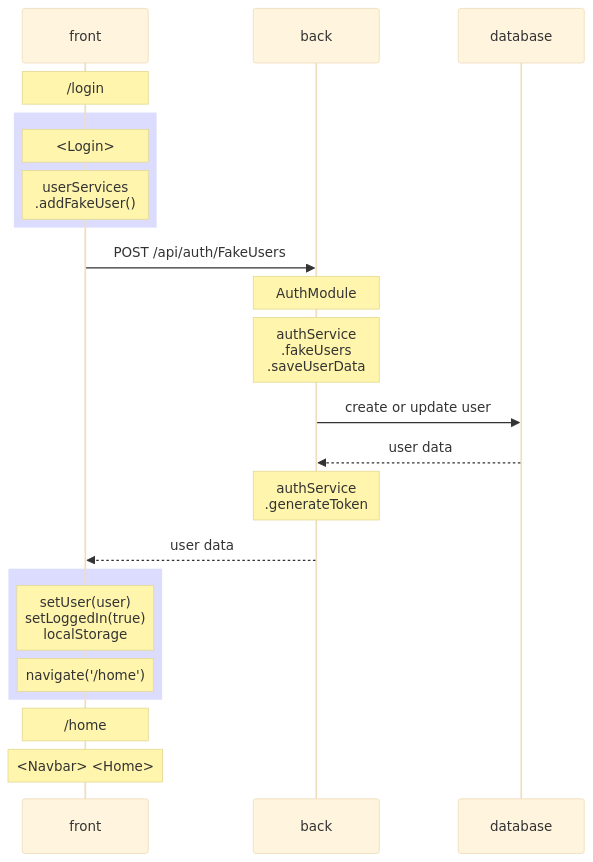
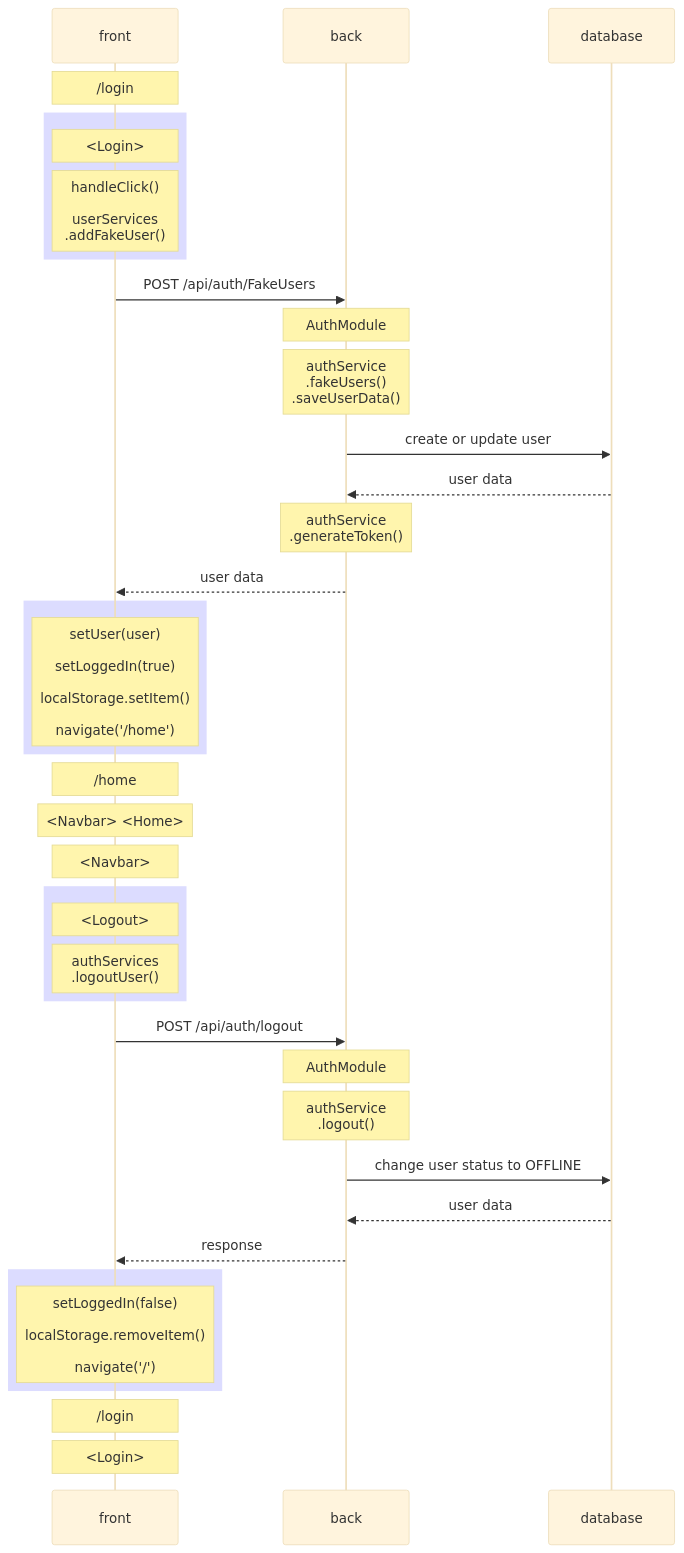
The diagram in README.md (TDSn3/transcendence), drawn with Mermaid (base theme) before and after one commit.

````diff
--- a/README.md
+++ b/README.md
@@ -116,25 +116,40 @@
 ``` mermaid
 sequenceDiagram
-
-    %% Login
-    
+    %% Login FakeUser 
 	note over front: /login
     rect rgb(220, 220, 255)
     note over front: <Login>
-    note over front: userServices <br/> .addFakeUser()
+    note over front: handleClick() <br/><br/> userServices <br/> .addFakeUser()
     end
     front->>back: POST /api/auth/FakeUsers
     note over back: AuthModule
-    note over back: authService <br/> .fakeUsers <br/> .saveUserData
+    note over back: authService <br/> .fakeUsers() <br/> .saveUserData()
     back->>database: create or update user
     database-->>back: user data
-    note over back: authService <br/> .generateToken
+    note over back: authService <br/> .generateToken()
     back-->>front: user data
     rect rgb(220, 220, 255)
-    note over front: setUser(user) <br/> setLoggedIn(true) <br/> localStorage
-    note over front: navigate('/home')
+    note over front: setUser(user) <br/><br/> setLoggedIn(true) <br/><br/> localStorage.setItem() <br/><br/> navigate('/home')
     end
     note over front: /home
     note over front: <Navbar> <Home>
 
+    %% Logout
+    note over front: <Navbar>
+    rect rgb(220, 220, 255)
+    note over front: <Logout>
+    note over front: authServices <br/> .logoutUser()
+    end
+    front->>back: POST /api/auth/logout
+    note over back: AuthModule
+    note over back: authService <br/> .logout()
+    back->>database: change user status to OFFLINE
+    database-->>back: user data
+    back-->>front: response
+    rect rgb(220, 220, 255)
+    note over front: setLoggedIn(false) <br/><br/> localStorage.removeItem() <br/><br/> navigate('/')
+    end
+    note over front: /login
+    note over front: <Login>
+
 ```
````
